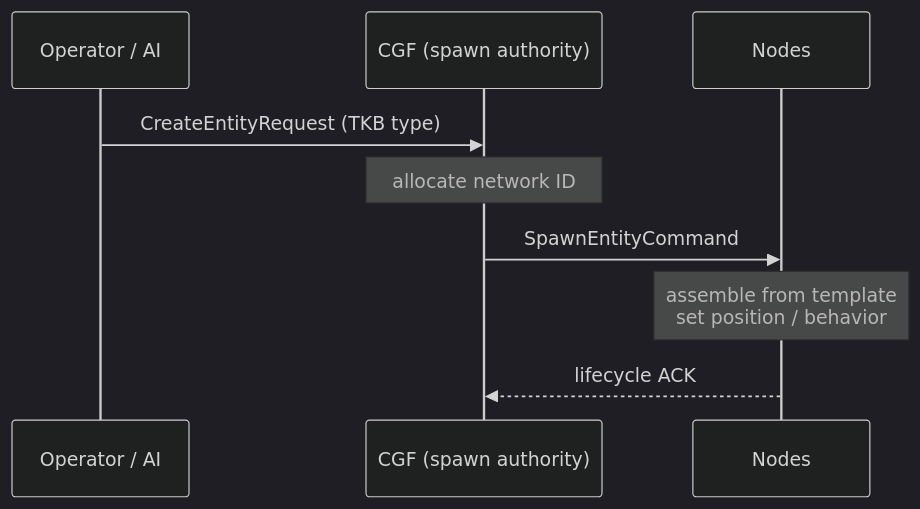
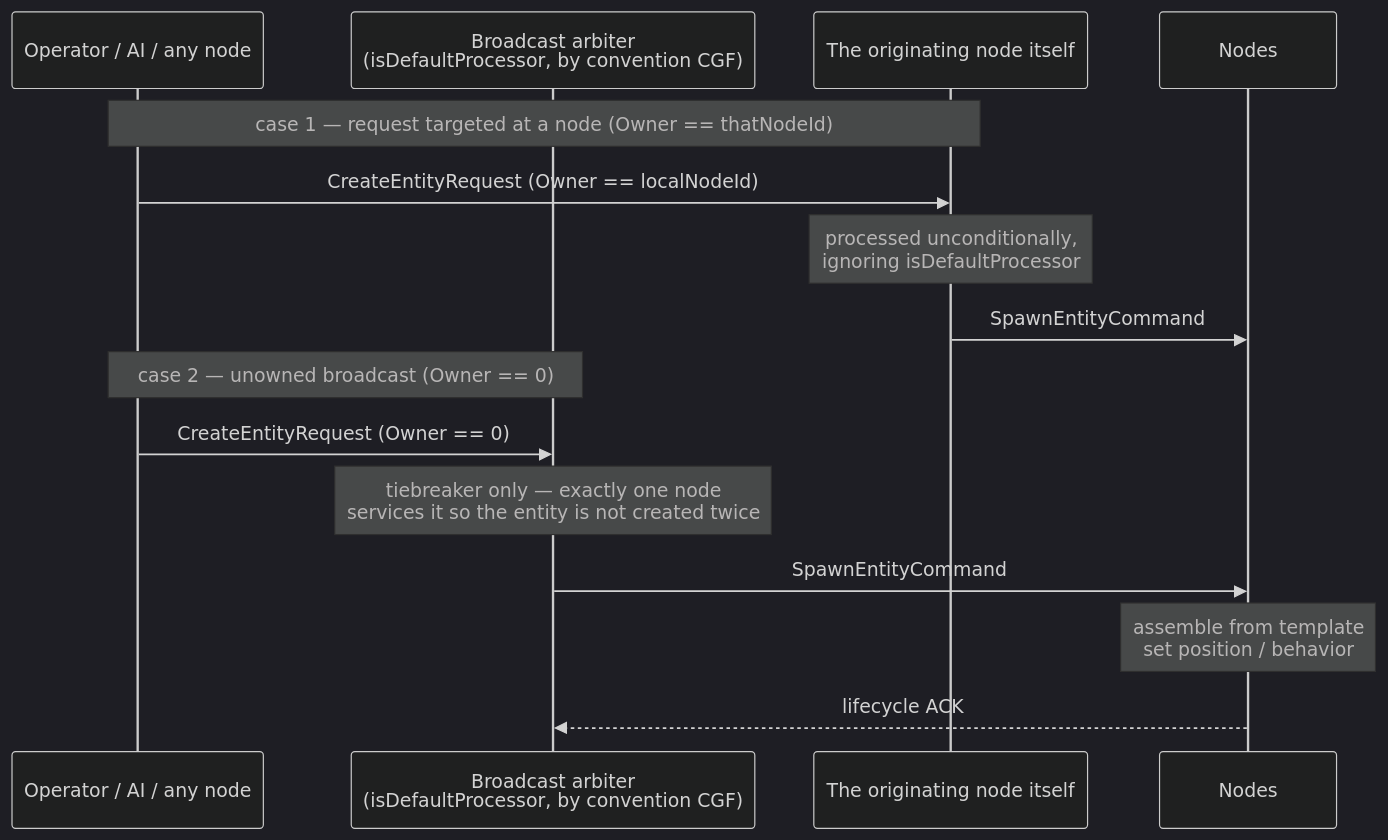
The sixth of 13 diagrams in docs/HROT-Engine-Guide/HROT-Engine-Guide.md (pjanec/HROT), drawn with Mermaid (dark theme) before and after one commit. The commit also changed other lines of this file and 6 other files, not shown here.

````diff
--- a/docs/HROT-Engine-Guide/HROT-Engine-Guide.md
+++ b/docs/HROT-Engine-Guide/HROT-Engine-Guide.md
@@ -656,11 +697,17 @@
 ```mermaid
 sequenceDiagram
-    participant Req as Operator / AI
-    participant Brain as CGF (spawn authority)
+    participant Req as Operator / AI / any node
+    participant Arb as Broadcast arbiter<br/>(isDefaultProcessor, by convention CGF)
+    participant Self as The originating node itself
     participant Nodes
-    Req->>Brain: CreateEntityRequest (TKB type)
-    Note over Brain: allocate network ID
-    Brain->>Nodes: SpawnEntityCommand
+    Note over Req,Self: case 1 — request targeted at a node (Owner == thatNodeId)
+    Req->>Self: CreateEntityRequest (Owner == localNodeId)
+    Note over Self: processed unconditionally,<br/>ignoring isDefaultProcessor
+    Self->>Nodes: SpawnEntityCommand
+    Note over Req,Arb: case 2 — unowned broadcast (Owner == 0)
+    Req->>Arb: CreateEntityRequest (Owner == 0)
+    Note over Arb: tiebreaker only — exactly one node<br/>services it so the entity is not created twice
+    Arb->>Nodes: SpawnEntityCommand
     Note over Nodes: assemble from template<br/>set position / behavior
-    Nodes-->>Brain: lifecycle ACK
+    Nodes-->>Arb: lifecycle ACK
 ```
````
